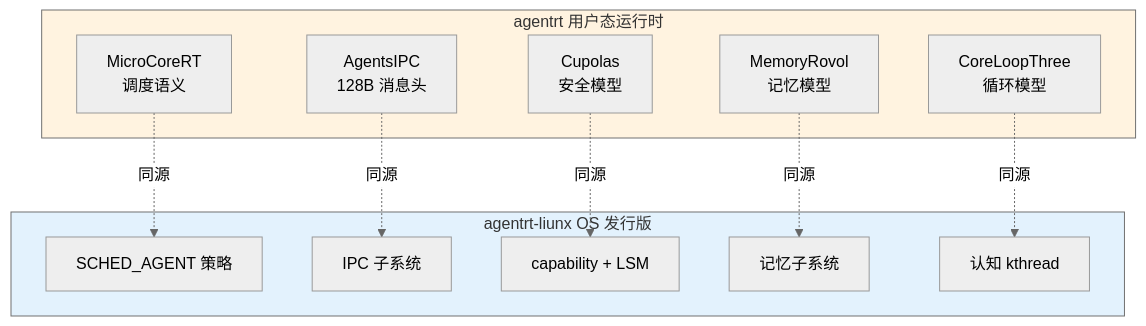
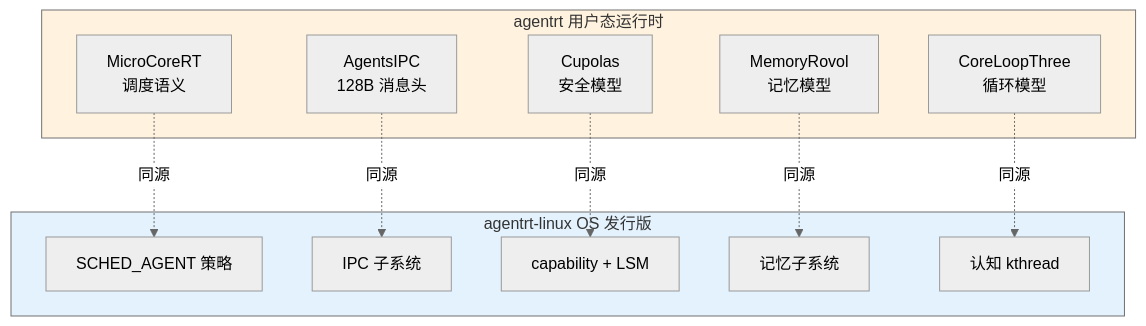
Before and after one commit to SpharxTeam/Docs: the second of 2 diagrams in AirymaxOS/130-roadmap/01-development-strategy.md, drawn with Mermaid (neutral theme). The commit also changed other lines of this file and 132 other files, not shown here.

````diff
--- a/AirymaxOS/130-roadmap/01-development-strategy.md
+++ b/AirymaxOS/130-roadmap/01-development-strategy.md
@@ -314,24 +314,24 @@
 ```mermaid
 graph TB
     subgraph agentrt[agentrt 用户态运行时]
         A1[MicroCoreRT<br/>调度语义]
         A2[AgentsIPC<br/>128B 消息头]
         A3[Cupolas<br/>安全模型]
         A4[MemoryRovol<br/>记忆模型]
         A5[CoreLoopThree<br/>循环模型]
     end
-    subgraph agentrt-liunx[agentrt-liunx OS 发行版]
+    subgraph agentrt-linux[agentrt-linux OS 发行版]
         O1[SCHED_AGENT 策略]
         O2[IPC 子系统]
         O3[capability + LSM]
         O4[记忆子系统]
         O5[认知 kthread]
     end
     A1 -.同源.-> O1
     A2 -.同源.-> O2
     A3 -.同源.-> O3
     A4 -.同源.-> O4
     A5 -.同源.-> O5
     style agentrt fill:#fff3e0
-    style agentrt-liunx fill:#e3f2fd
+    style agentrt-linux fill:#e3f2fd
 ```
````
